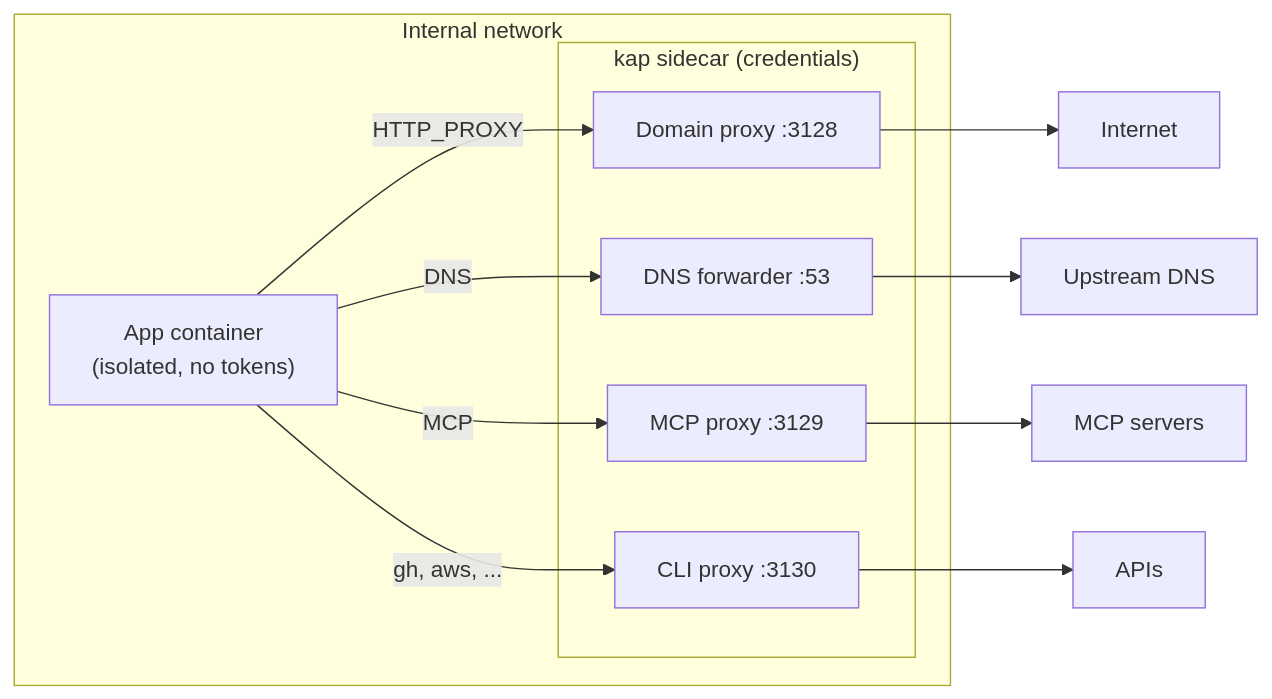
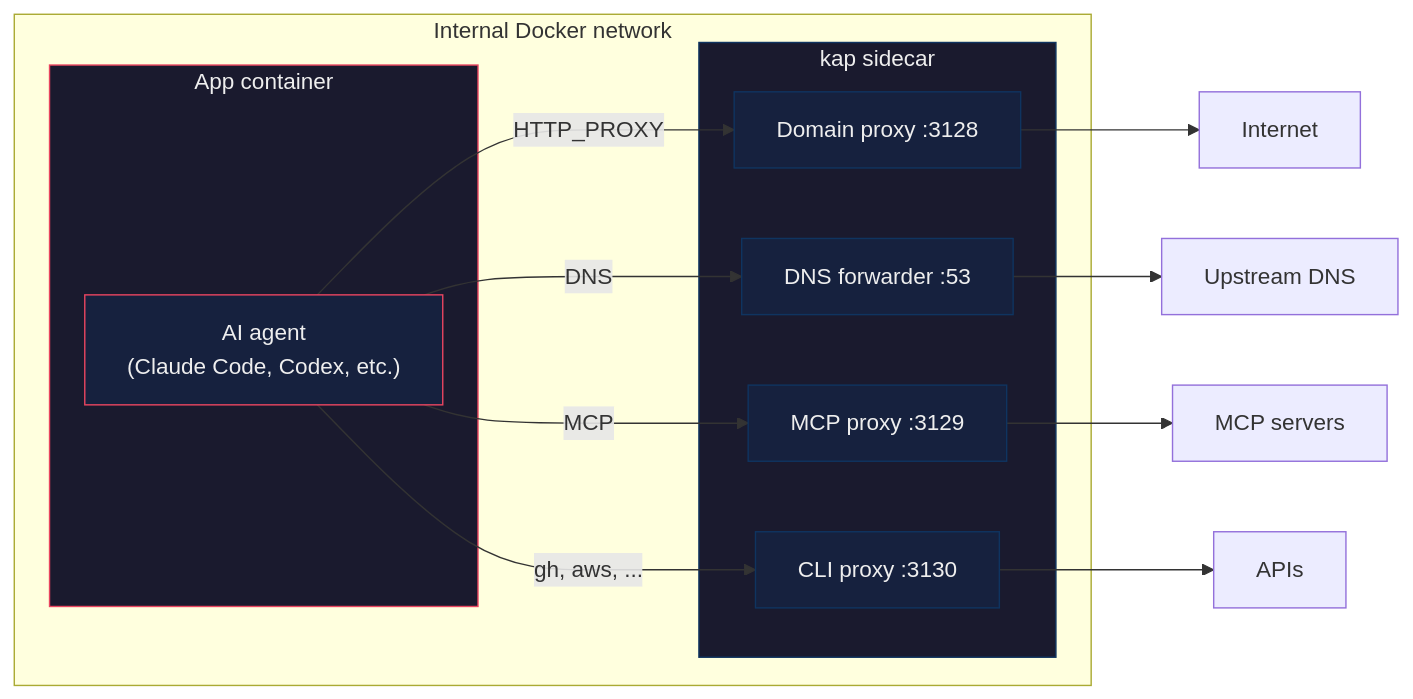
The diagram in README.md (6/kap), drawn with Mermaid before and after one commit. The commit also changed 1 other file, not shown here.

Commit message:
Improve Mermaid diagram and deduplicate status output
Mermaid: distinguish app container (AI agent) from kap sidecar with
color coding, label the app container with "AI agent (Claude Code,
Codex, etc.)".

Status: stop reporting unregistered MCP servers as check failures
since the config summary already shows them. Combine CLI shim + env
checks into a single "gh ready" line per tool.

````diff
--- a/README.md
+++ b/README.md
@@ -122,17 +122,27 @@
 ```mermaid
 graph LR
-    subgraph "Internal network"
-        App["App container<br/>(isolated, no tokens)"]
-        subgraph "kap sidecar (credentials)"
+    subgraph internal ["Internal Docker network"]
+        subgraph app ["App container"]
+            Agent["AI agent<br/>(Claude Code, Codex, etc.)"]
+        end
+        subgraph sidecar ["kap sidecar"]
             DP["Domain proxy :3128"]
             DNS["DNS forwarder :53"]
             MCP["MCP proxy :3129"]
             CLI["CLI proxy :3130"]
         end
     end
 
-    App -- "HTTP_PROXY" --> DP --> Internet
-    App -- "DNS" --> DNS --> Upstream_DNS["Upstream DNS"]
-    App -- "MCP" --> MCP --> MCP_Servers["MCP servers"]
-    App -- "gh, aws, ..." --> CLI --> APIs
+    Agent -- "HTTP_PROXY" --> DP --> Internet
+    Agent -- "DNS" --> DNS --> Upstream_DNS["Upstream DNS"]
+    Agent -- "MCP" --> MCP --> MCP_Servers["MCP servers"]
+    Agent -- "gh, aws, ..." --> CLI --> APIs
+
+    style app fill:#1a1a2e,stroke:#e94560,color:#eee
+    style sidecar fill:#1a1a2e,stroke:#0f3460,color:#eee
+    style Agent fill:#16213e,stroke:#e94560,color:#eee
+    style DP fill:#16213e,stroke:#0f3460,color:#eee
+    style DNS fill:#16213e,stroke:#0f3460,color:#eee
+    style MCP fill:#16213e,stroke:#0f3460,color:#eee
+    style CLI fill:#16213e,stroke:#0f3460,color:#eee
 ```
````
